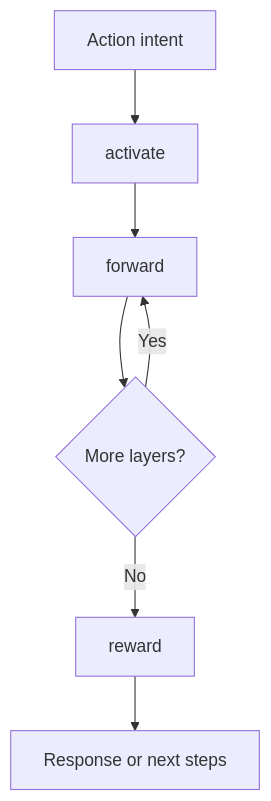
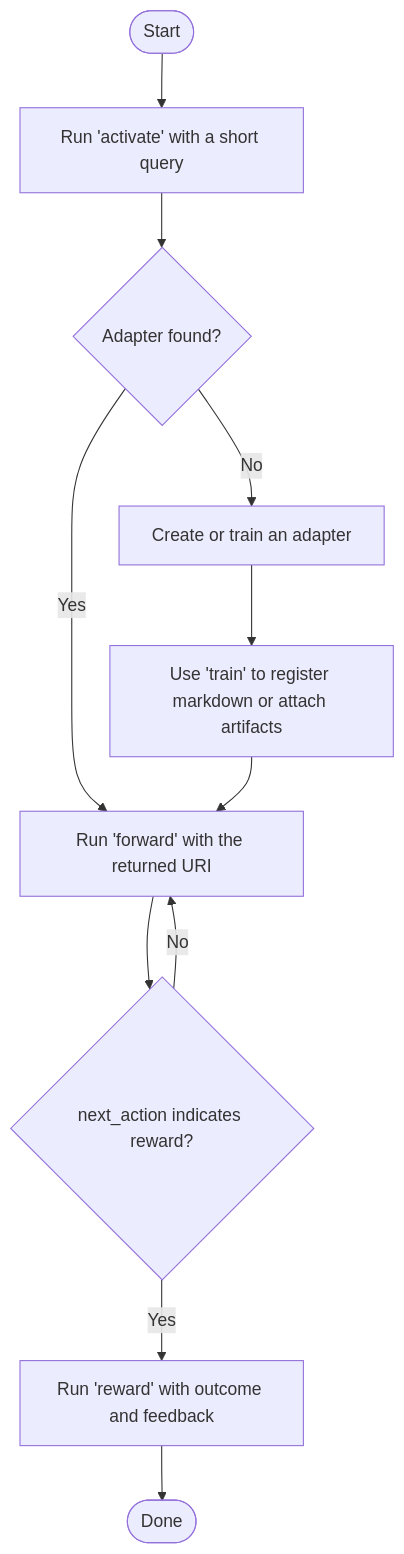
One commit to SquadRules/mcp changed the third of 4 diagrams in .qoder/repowiki/en/content/Getting Started.md. Above: the diagram before and after it, drawn with Mermaid. The commit also changed other lines of this file and 602 other files, not shown here.

````diff
--- a/.qoder/repowiki/en/content/Getting Started.md
+++ b/.qoder/repowiki/en/content/Getting Started.md
@@ -261,9 +198,13 @@
 ```mermaid
 flowchart TD
-Intent["Action intent"] --> Activate["activate"]
-Activate --> Forward["forward"]
-Forward --> NextLayer{"More layers?"}
-NextLayer --> |Yes| Forward
-NextLayer --> |No| Reward["reward"]
-Reward --> Response["Response or next steps"]
+Start(["Start"]) --> Activate["Run 'activate' with a short query"]
+Activate --> Choice{"Adapter found?"}
+Choice --> |Yes| Forward["Run 'forward' with the returned URI"]
+Choice --> |No| Create["Create or train an adapter"]
+Create --> Train["Use 'train' to register markdown or attach artifacts"]
+Train --> Forward
+Forward --> Next{"next_action indicates reward?"}
+Next --> |No| Forward
+Next --> |Yes| Reward["Run 'reward' with outcome and feedback"]
+Reward --> End(["Done"])
 ```
````
